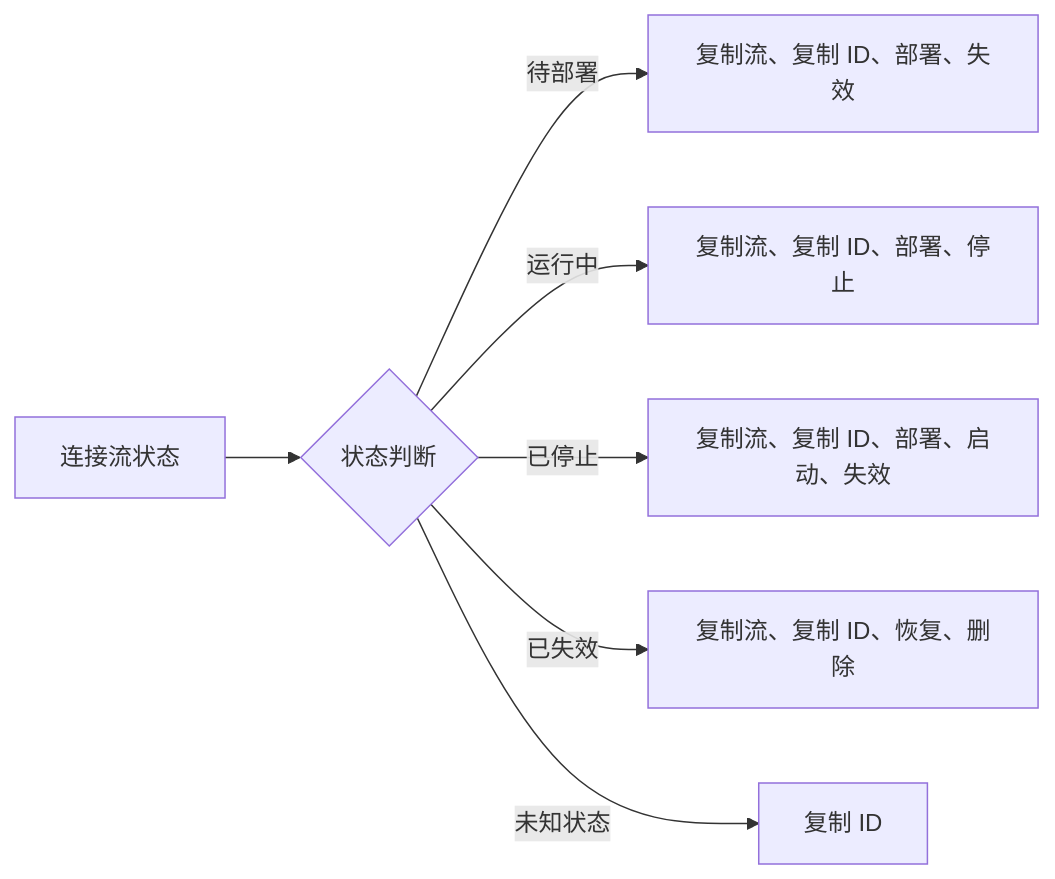
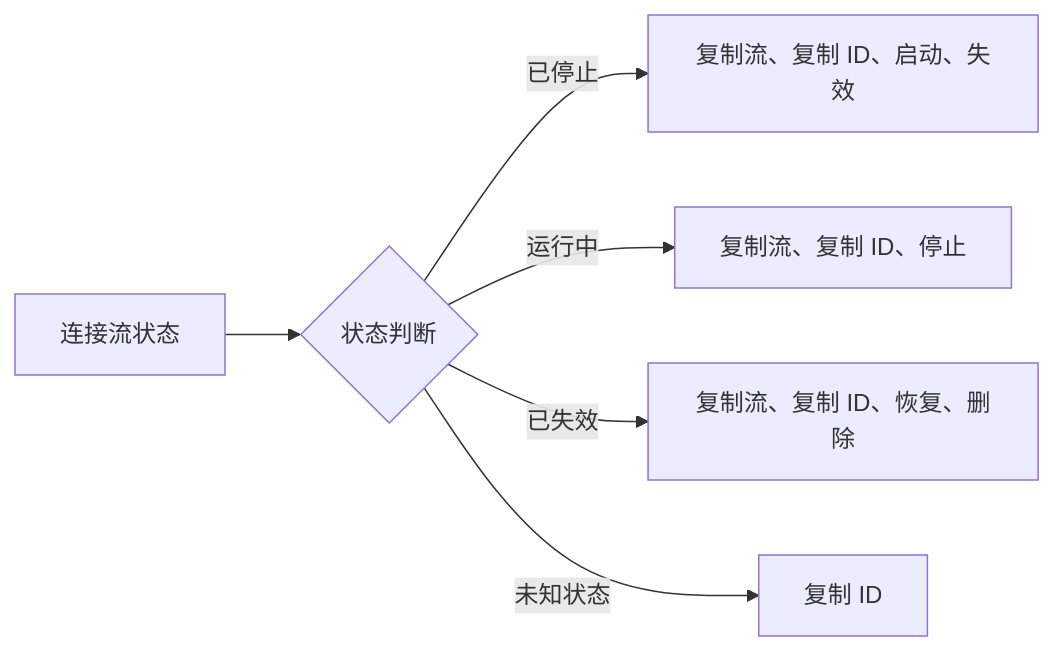
Before and after one commit to THZSummer/open-app: the second of 4 diagrams in front/doc/2026年6月文档/连接流列表需求设计说明书.md, drawn with Mermaid. The commit also changed other lines of this file and 4 other files, not shown here.

````diff
--- a/front/doc/2026年6月文档/连接流列表需求设计说明书.md
+++ b/front/doc/2026年6月文档/连接流列表需求设计说明书.md
@@ -196,9 +198,8 @@
 ```mermaid
 flowchart LR
     A[连接流状态] --> B{状态判断}
-    B -->|待部署| C[复制流、复制 ID、部署、失效]
-    B -->|运行中| D[复制流、复制 ID、部署、停止]
-    B -->|已停止| E[复制流、复制 ID、部署、启动、失效]
-    B -->|已失效| F[复制流、复制 ID、恢复、删除]
-    B -->|未知状态| G[复制 ID]
+    B -->|已停止| C[复制流、复制 ID、启动、失效]
+    B -->|运行中| D[复制流、复制 ID、停止]
+    B -->|已失效| E[复制流、复制 ID、恢复、删除]
+    B -->|未知状态| F[复制 ID]
 ```
````
